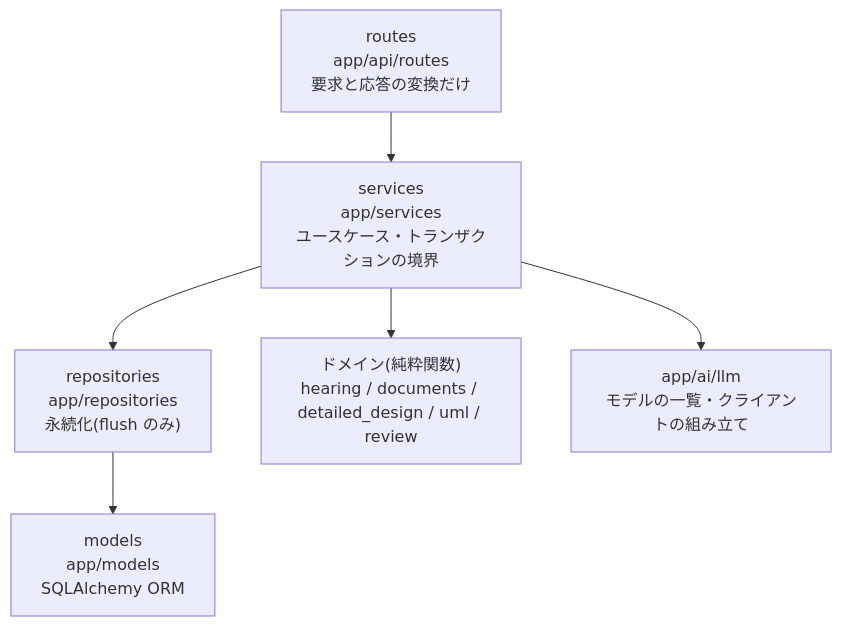
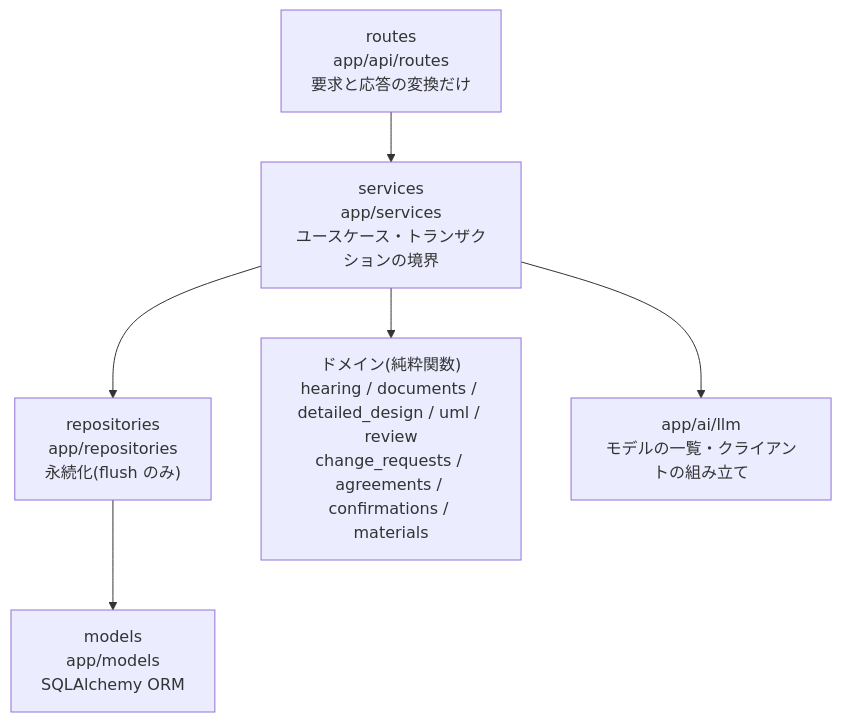
One commit to yd-uai-coder/devex-api changed the diagram in README.md. Above: the diagram before and after it, drawn with Mermaid. The commit also changed other lines of this file and 1 other file, not shown here.

````diff
--- a/README.md
+++ b/README.md
@@ -23,14 +28,14 @@
 ```mermaid
 flowchart TB
     routes["routes<br/>app/api/routes<br/>要求と応答の変換だけ"]
     services["services<br/>app/services<br/>ユースケース・トランザクションの境界"]
     repos["repositories<br/>app/repositories<br/>永続化(flush のみ)"]
     models["models<br/>app/models<br/>SQLAlchemy ORM"]
-    domain["ドメイン(純粋関数)<br/>hearing / documents / detailed_design / uml / review"]
+    domain["ドメイン(純粋関数)<br/>hearing / documents / detailed_design / uml / review<br/>change_requests / agreements / confirmations / materials"]
     llm["app/ai/llm<br/>モデルの一覧・クライアントの組み立て"]
 
     routes --> services
     services --> repos --> models
     services --> domain
     services --> llm
 ```
````
